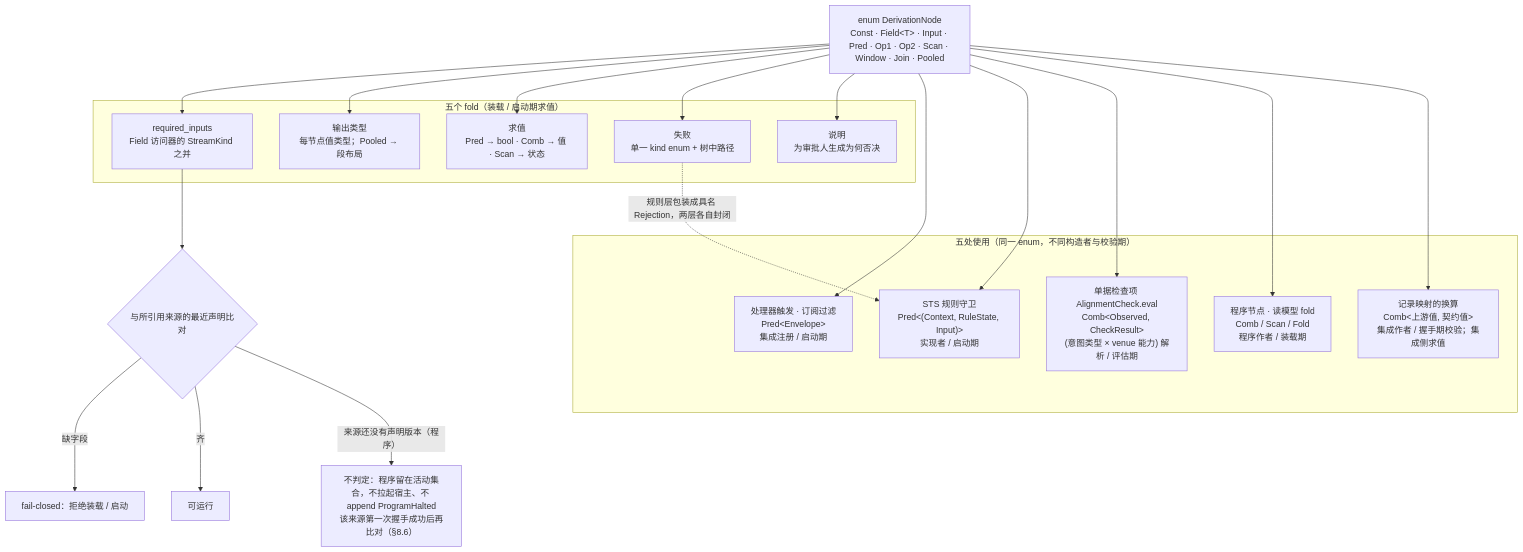
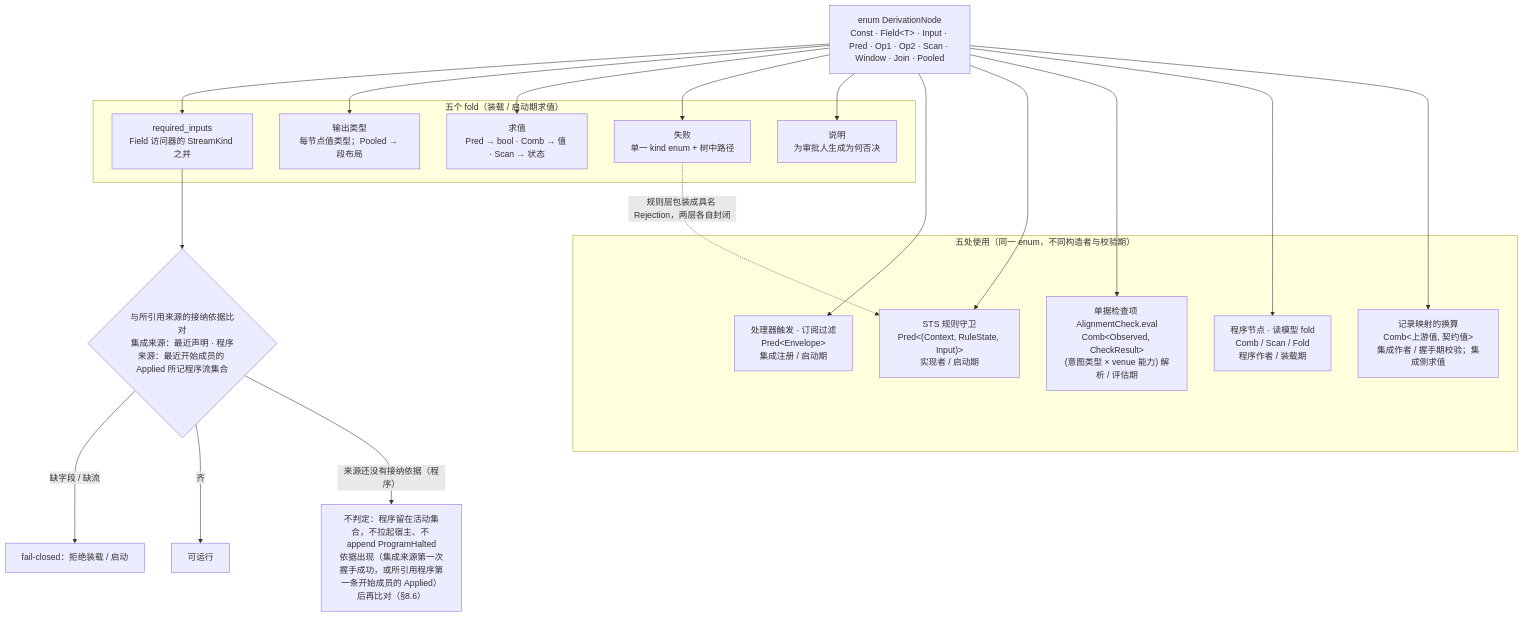
The third of 4 diagrams in design/diagrams/02-record-model.md (mouriya-s-lab/uta), drawn with Mermaid before and after one commit. The commit also changed other lines of this file and 13 other files, not shown here.

````diff
--- a/design/diagrams/02-record-model.md
+++ b/design/diagrams/02-record-model.md
@@ -73,25 +73,25 @@
 ```mermaid
 flowchart TB
   ENUM["enum DerivationNode<br/>Const · Field&lt;T&gt; · Input · Pred · Op1 · Op2 · Scan · Window · Join · Pooled"]
   subgraph FOLDS["五个 fold（装载 / 启动期求值）"]
     F1["required_inputs<br/>Field 访问器的 StreamKind 之并"]
     F2["输出类型<br/>每节点值类型；Pooled → 段布局"]
     F3["求值<br/>Pred → bool · Comb → 值 · Scan → 状态"]
     F4["失败<br/>单一 kind enum + 树中路径"]
     F5["说明<br/>为审批人生成为何否决"]
   end
   ENUM --> F1 & F2 & F3 & F4 & F5
-  F1 --> CMP{"与所引用来源的最近声明比对"}
-  CMP -->|"缺字段"| FC["fail-closed：拒绝装载 / 启动"]
+  F1 --> CMP{"与所引用来源的接纳依据比对<br/>集成来源：最近声明 · 程序来源：最近开始成员的 Applied 所记程序流集合"}
+  CMP -->|"缺字段 / 缺流"| FC["fail-closed：拒绝装载 / 启动"]
   CMP -->|"齐"| OK["可运行"]
-  CMP -->|"来源还没有声明版本（程序）"| WAIT["不判定：程序留在活动集合，不拉起宿主、不 append ProgramHalted<br/>该来源第一次握手成功后再比对（§8.6）"]
+  CMP -->|"来源还没有接纳依据（程序）"| WAIT["不判定：程序留在活动集合，不拉起宿主、不 append ProgramHalted<br/>依据出现（集成来源第一次握手成功，或所引用程序第一条开始成员的 Applied）后再比对（§8.6）"]
   subgraph USES["五处使用（同一 enum，不同构造者与校验期）"]
     U1["处理器触发 · 订阅过滤<br/>Pred&lt;Envelope&gt;<br/>集成注册 / 启动期"]
     U2["STS 规则守卫<br/>Pred&lt;(Context, RuleState, Input)&gt;<br/>实现者 / 启动期"]
     U3["单据检查项 AlignmentCheck.eval<br/>Comb&lt;Observed, CheckResult&gt;<br/>(意图类型 × venue 能力) 解析 / 评估期"]
     U4["程序节点 · 读模型 fold<br/>Comb / Scan / Fold<br/>程序作者 / 装载期"]
     U5["记录映射的换算<br/>Comb&lt;上游值, 契约值&gt;<br/>集成作者 / 握手期校验；集成侧求值"]
   end
   ENUM --> U1 & U2 & U3 & U4 & U5
   F4 -.->|"规则层包装成具名 Rejection，两层各自封闭"| U2
 ```
````
